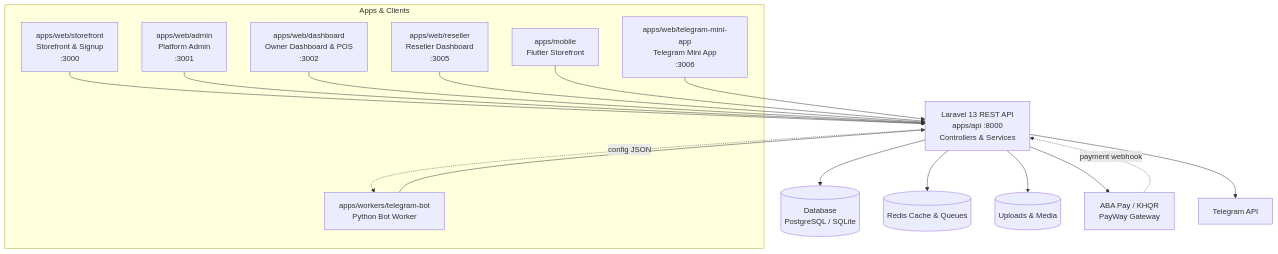
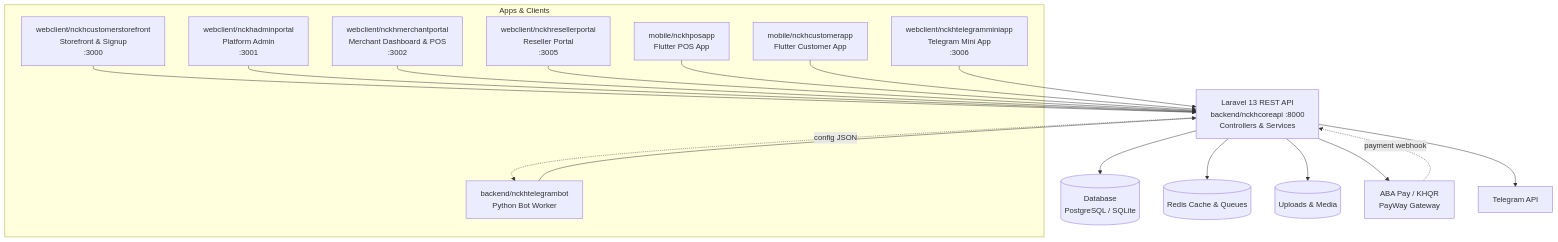
Before and after one commit to sakouksa/nexa-commerce-kh: the first of 7 diagrams in README.md, drawn with Mermaid. The commit also changed other lines of this file and 355 other files, not shown here.

````diff
--- a/README.md
+++ b/README.md
@@ -189,35 +174,37 @@
 ```mermaid
 graph TB
     subgraph WEB_AND_CLIENTS [Apps & Clients]
-        FU[apps/web/storefront<br/>Storefront & Signup<br/>:3000]
-        FA[apps/web/admin<br/>Platform Admin<br/>:3001]
-        FD[apps/web/dashboard<br/>Owner Dashboard & POS<br/>:3002]
-        FR[apps/web/reseller<br/>Reseller Dashboard<br/>:3005]
-        FG[apps/web/telegram-mini-app<br/>Telegram Mini App<br/>:3006]
-        FM[apps/mobile<br/>Flutter Storefront]
-        BW[apps/workers/telegram-bot<br/>Python Bot Worker]
+        FU["webclient/nckhcustomerstorefront<br/>Storefront & Signup<br/>:3000"]
+        FA["webclient/nckhadminportal<br/>Platform Admin<br/>:3001"]
+        FD["webclient/nckhmerchantportal<br/>Merchant Dashboard & POS<br/>:3002"]
+        FR["webclient/nckhresellerportal<br/>Reseller Portal<br/>:3005"]
+        FG["webclient/nckhtelegramminiapp<br/>Telegram Mini App<br/>:3006"]
+        FP["mobile/nckhposapp<br/>Flutter POS App"]
+        FM["mobile/nckhcustomerapp<br/>Flutter Customer App"]
+        BW["backend/nckhtelegrambot<br/>Python Bot Worker"]
     end
-    API[Laravel 13 REST API<br/>apps/api :8000<br/>Controllers & Services]
-    DB[(Database<br/>PostgreSQL / SQLite)]
-    REDIS[(Redis Cache & Queues)]
-    UP[(Uploads & Media)]
-    ABA[ABA Pay / KHQR<br/>PayWay Gateway]
-    TG[Telegram API]
+    API["Laravel 13 REST API<br/>backend/nckhcoreapi :8000<br/>Controllers & Services"]
+    DB[("Database<br/>PostgreSQL / SQLite")]
+    REDIS[("Redis Cache & Queues")]
+    UP[("Uploads & Media")]
+    ABA["ABA Pay / KHQR<br/>PayWay Gateway"]
+    TG["Telegram API"]
 
     FU --> API
     FA --> API
     FD --> API
     FR --> API
+    FP --> API
     FM --> API
     FG --> API
     BW --> API
 
     API --> DB
     API --> REDIS
     API --> UP
     API --> ABA
     API --> TG
     API -. config JSON .-> BW
 
     ABA -. payment webhook .-> API
 ```
````
